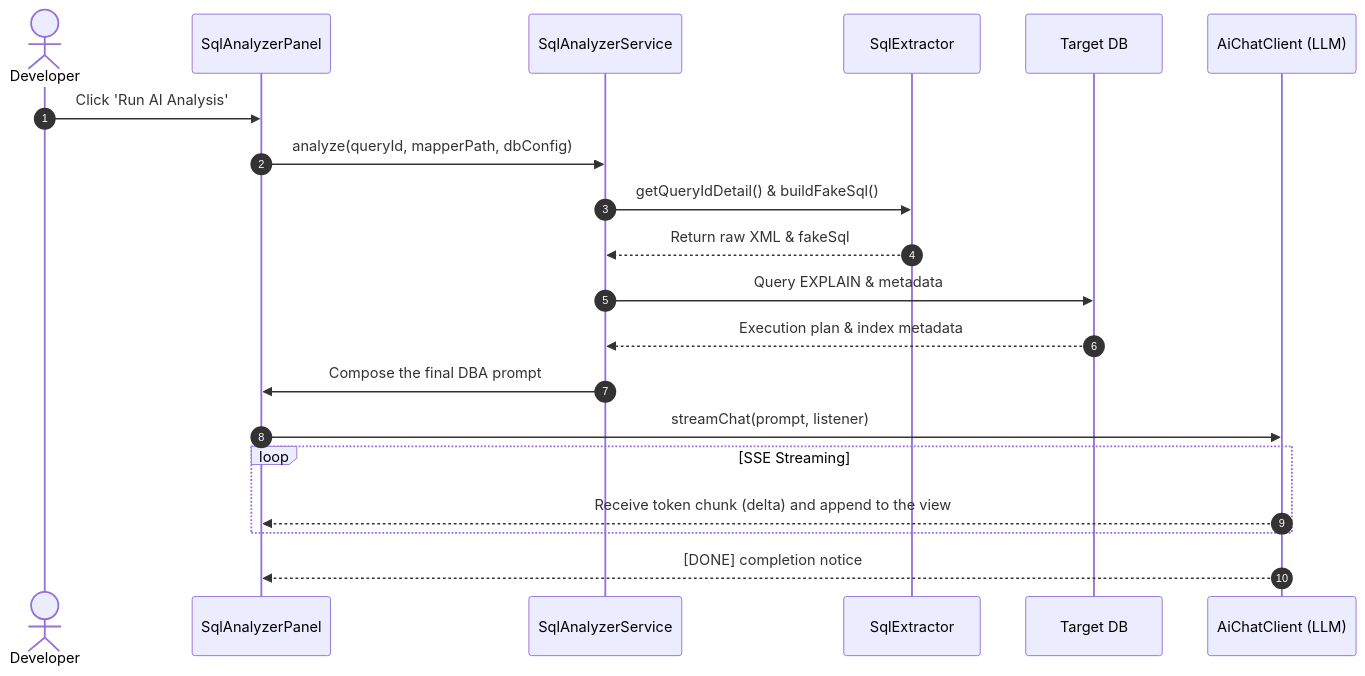
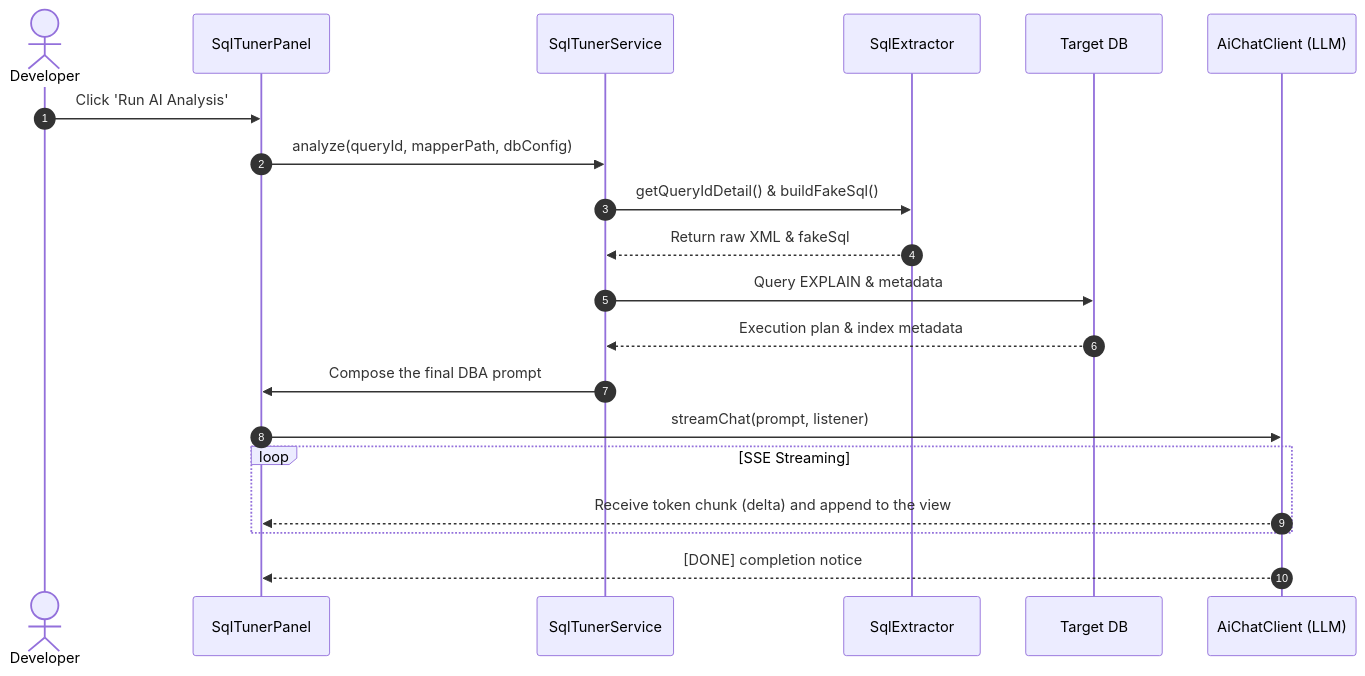
The second of 2 diagrams in docs/ARCHITECTURE.md (sweetpark/mybatis-sql-tuner-ai), drawn with Mermaid before and after one commit. The commit also changed other lines of this file and 81 other files, not shown here.

First line of the commit message:
refactor: rename project, modules, and packages to mybatis-sql-tuner

````diff
--- a/docs/ARCHITECTURE.md
+++ b/docs/ARCHITECTURE.md
@@ -62,23 +62,23 @@
 ```mermaid
 sequenceDiagram
     autonumber
     actor Dev as Developer
-    participant UI as SqlAnalyzerPanel
-    participant Svc as SqlAnalyzerService
+    participant UI as SqlTunerPanel
+    participant Svc as SqlTunerService
     participant Ext as SqlExtractor
     participant DB as Target DB
     participant AI as AiChatClient (LLM)
 
     Dev->>UI: Click 'Run AI Analysis'
     UI->>Svc: analyze(queryId, mapperPath, dbConfig)
     Svc->>Ext: getQueryIdDetail() & buildFakeSql()
     Ext-->>Svc: Return raw XML & fakeSql
     Svc->>DB: Query EXPLAIN & metadata
     DB-->>Svc: Execution plan & index metadata
     Svc->>UI: Compose the final DBA prompt
     UI->>AI: streamChat(prompt, listener)
     loop SSE Streaming
         AI-->>UI: Receive token chunk (delta) and append to the view
     end
     AI-->>UI: [DONE] completion notice
 ```
````
